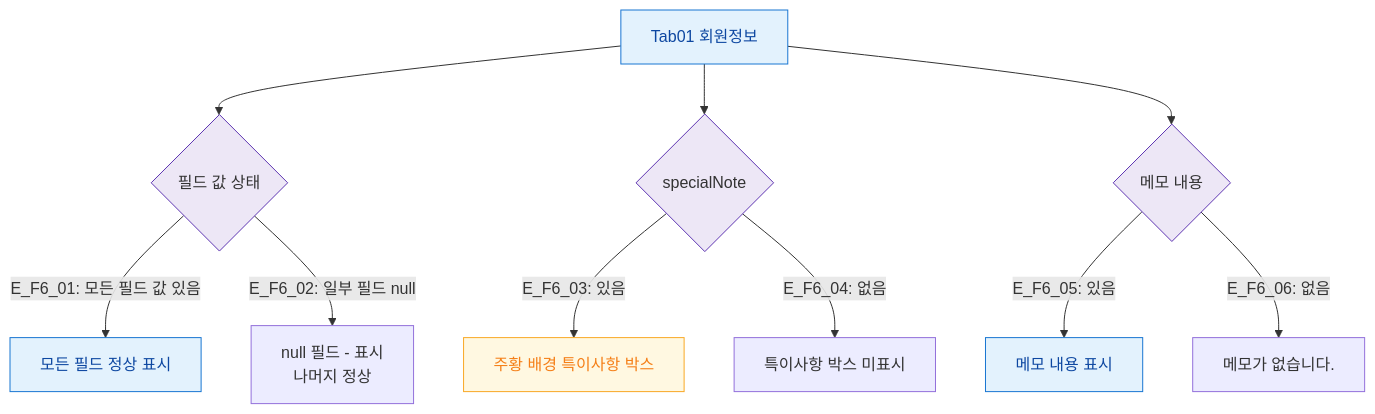
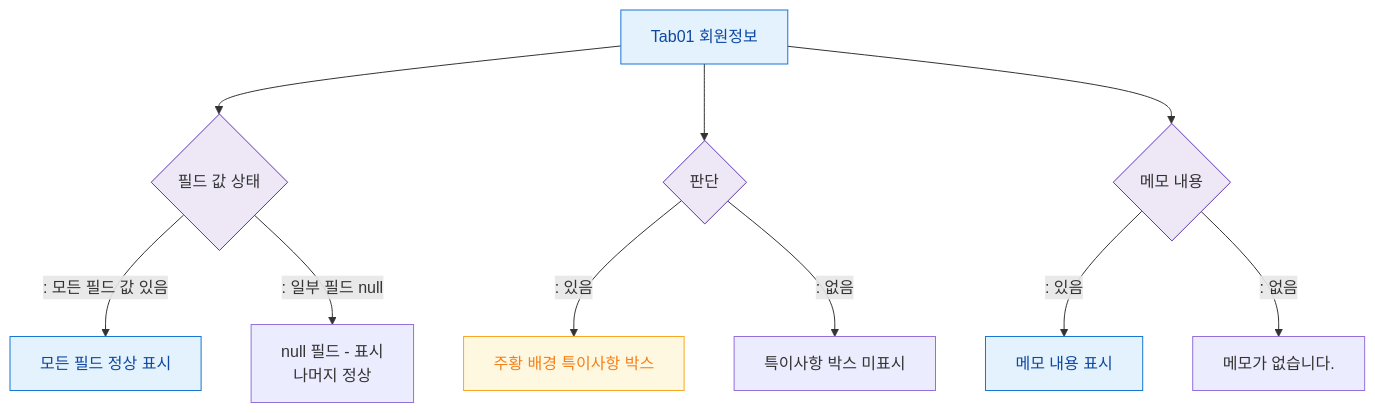
Before and after one commit to dev-spogym/admin-pando: the diagram in docs/다이어그램/D02_회원관리/SCR-M004_회원상세/Tab01_회원정보/F6_상태별.md, drawn with Mermaid. The commit also changed other lines of this file and 1660 other files, not shown here.

First line of the commit message:
다이어그램: 기획자/클라이언트 납품본으로 정리

````diff
--- a/docs/다이어그램/D02_회원관리/SCR-M004_회원상세/Tab01_회원정보/F6_상태별.md
+++ b/docs/다이어그램/D02_회원관리/SCR-M004_회원상세/Tab01_회원정보/F6_상태별.md
@@ -22,21 +20,21 @@
 ```mermaid
 flowchart TD
   TAB[Tab01 회원정보] --> FIELD_STATE{필드 값 상태}
-  FIELD_STATE -->|"E_F6_01: 모든 필드 값 있음"| FULL[모든 필드 정상 표시]
-  FIELD_STATE -->|"E_F6_02: 일부 필드 null"| PARTIAL[null 필드 - 표시\n나머지 정상]
+  FIELD_STATE -->|": 모든 필드 값 있음"|FULL[모든 필드 정상 표시]
+  FIELD_STATE -->|": 일부 필드 null"|PARTIAL[null 필드 - 표시\n나머지 정상]
 
-  TAB --> SPEC{specialNote}
-  SPEC -->|"E_F6_03: 있음"| SPEC_SHOW[주황 배경 특이사항 박스]
-  SPEC -->|"E_F6_04: 없음"| SPEC_HIDE[특이사항 박스 미표시]
+  TAB --> SPEC{판단}
+  SPEC -->|": 있음"|SPEC_SHOW[주황 배경 특이사항 박스]
+  SPEC -->|": 없음"|SPEC_HIDE[특이사항 박스 미표시]
 
   TAB --> MEMO{메모 내용}
-  MEMO -->|"E_F6_05: 있음"| MEMO_SHOW[메모 내용 표시]
-  MEMO -->|"E_F6_06: 없음"| MEMO_EMPTY[메모가 없습니다.]
+  MEMO -->|": 있음"|MEMO_SHOW[메모 내용 표시]
+  MEMO -->|": 없음"|MEMO_EMPTY[메모가 없습니다.]
 
   classDef screen fill:#E3F2FD,stroke:#1976D2,color:#0D47A1
   classDef system fill:#EDE7F6,stroke:#5E35B2
   classDef warning fill:#FFF8E1,stroke:#F9A825,color:#F57F17
   class TAB,FULL,MEMO_SHOW screen
   class FIELD_STATE,SPEC,MEMO system
   class SPEC_SHOW warning
 ```
````
